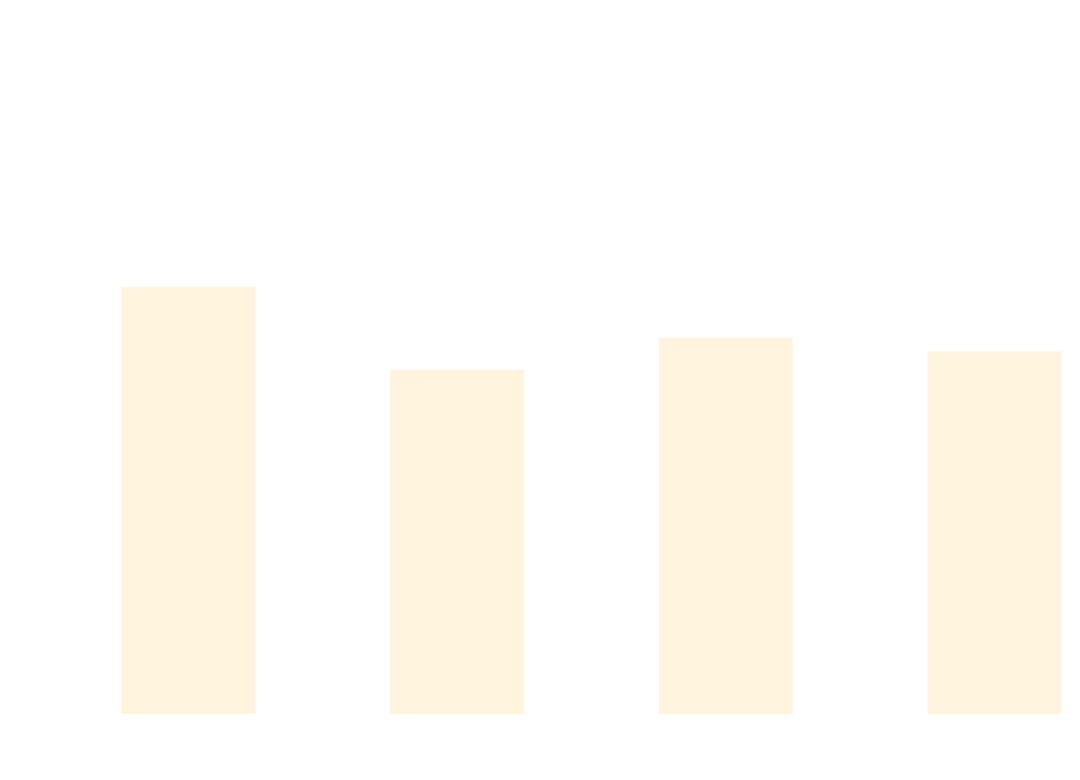
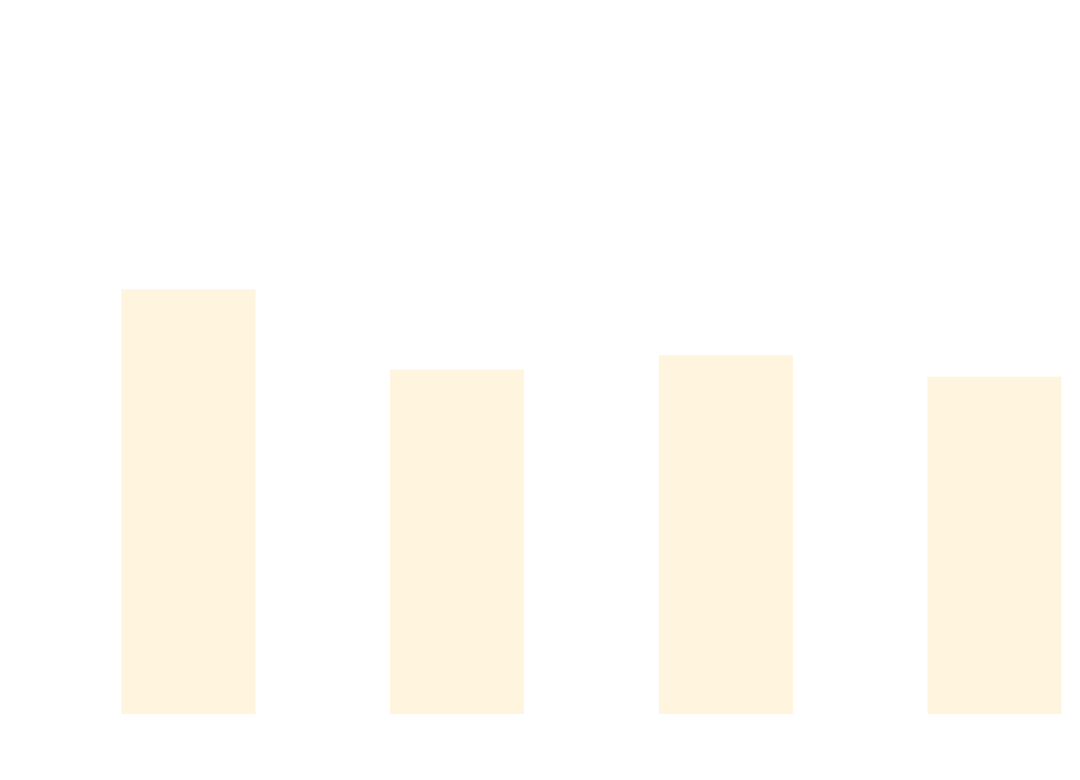
Before and after one commit to thomhurst/TUnit: the diagram in docs/docs/benchmarks/BuildTime.md, drawn with Mermaid. The commit also changed other lines of this file and 16 other files, not shown here.

````diff
--- a/docs/docs/benchmarks/BuildTime.md
+++ b/docs/docs/benchmarks/BuildTime.md
@@ -28,37 +28,37 @@
 ```mermaid
 %%{init: {
   'theme':'base',
   'themeVariables': {
     'primaryColor': '#2563eb',
     'primaryTextColor': '#ffffff',
     'primaryBorderColor': '#1e40af',
     'lineColor': '#6b7280',
     'secondaryColor': '#7c3aed',
     'tertiaryColor': '#dc2626',
     'background': '#ffffff',
     'mainBkg': '#2563eb',
     'secondBkg': '#7c3aed',
     'tertiaryBkg': '#dc2626',
     'clusterBkg': '#f3f4f6',
     'edgeLabelBackground': '#ffffff',
     'tertiaryTextColor': '#1f2937',
     'pie1': '#2563eb',
     'pie2': '#7c3aed',
     'pie3': '#dc2626',
     'pie4': '#f59e0b',
     'pie5': '#10b981',
     'pie6': '#06b6d4',
     'pie7': '#ec4899',
     'pie8': '#6366f1',
     'pie9': '#84cc16',
     'pie10': '#f97316',
     'pie11': '#14b8a6',
     'pie12': '#a855f7'
   }
 }}%%
 xychart-beta
   title "Build Time Comparison"
   x-axis ["Build_TUnit", "Build_NUnit", "Build_MSTest", "Build_xUnit3"]
   y-axis "Time (s)" 0 --> 3
-  bar [2.046, 1.638, 1.796, 1.728]
+  bar [2.034, 1.638, 1.709, 1.603]
 ```
````
